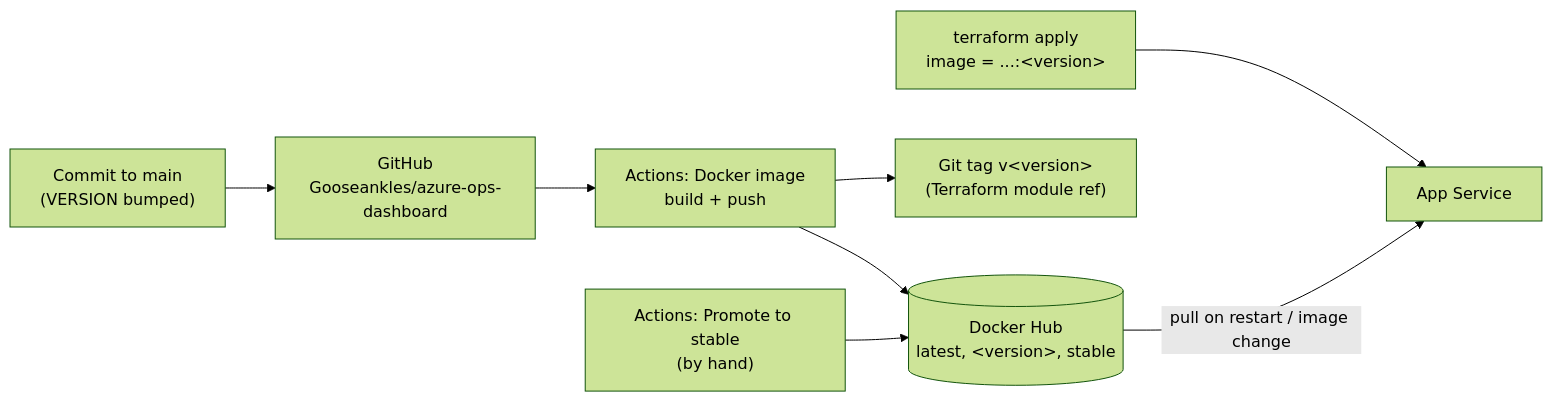
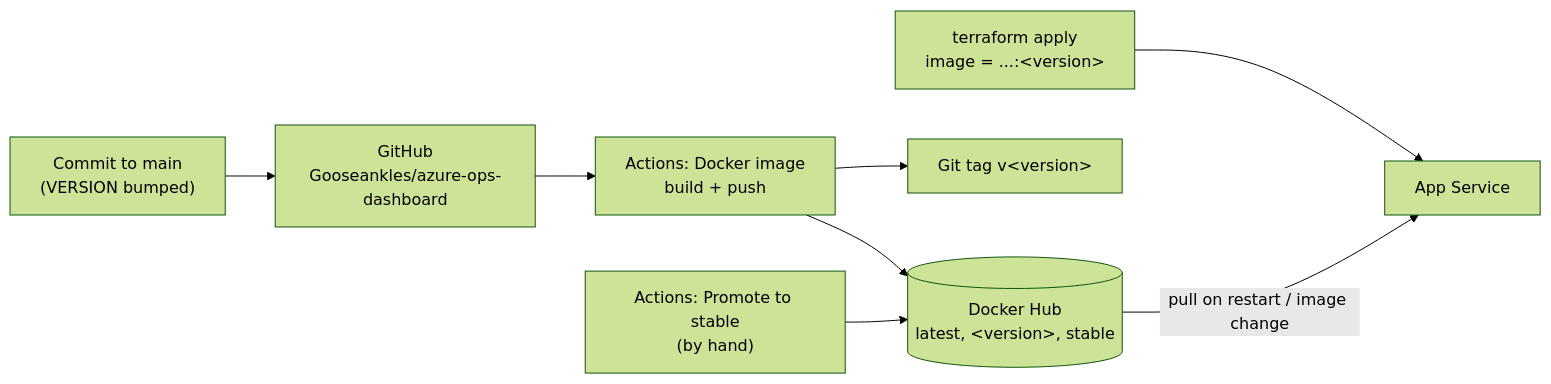
The eighth of 10 diagrams in docs/architecture.md (Gooseankles/cirrus-watch), drawn with Mermaid (forest theme) before and after one commit. The commit also changed other lines of this file and 20 other files, not shown here.

Commit message:
Terraform module moved to its own public repo, Gooseankles/terraform-azurerm-ops-dashboard; docs point there

````diff
--- a/docs/architecture.md
+++ b/docs/architecture.md
@@ -302,10 +303,10 @@
 ```mermaid
 flowchart LR
   dev["Commit to main<br/>(VERSION bumped)"] --> gh["GitHub<br/>Gooseankles/azure-ops-dashboard"]
   gh --> ci["Actions: Docker image<br/>build + push"]
   ci --> hub[("Docker Hub<br/>latest, &lt;version&gt;, stable")]
-  ci --> tag["Git tag v&lt;version&gt;<br/>(Terraform module ref)"]
+  ci --> tag["Git tag v&lt;version&gt;"]
   promote["Actions: Promote to stable<br/>(by hand)"] --> hub
   tfrun["terraform apply<br/>image = ...:&lt;version&gt;"] --> web["App Service"]
   hub -- "pull on restart / image change" --> web
 ```
````
